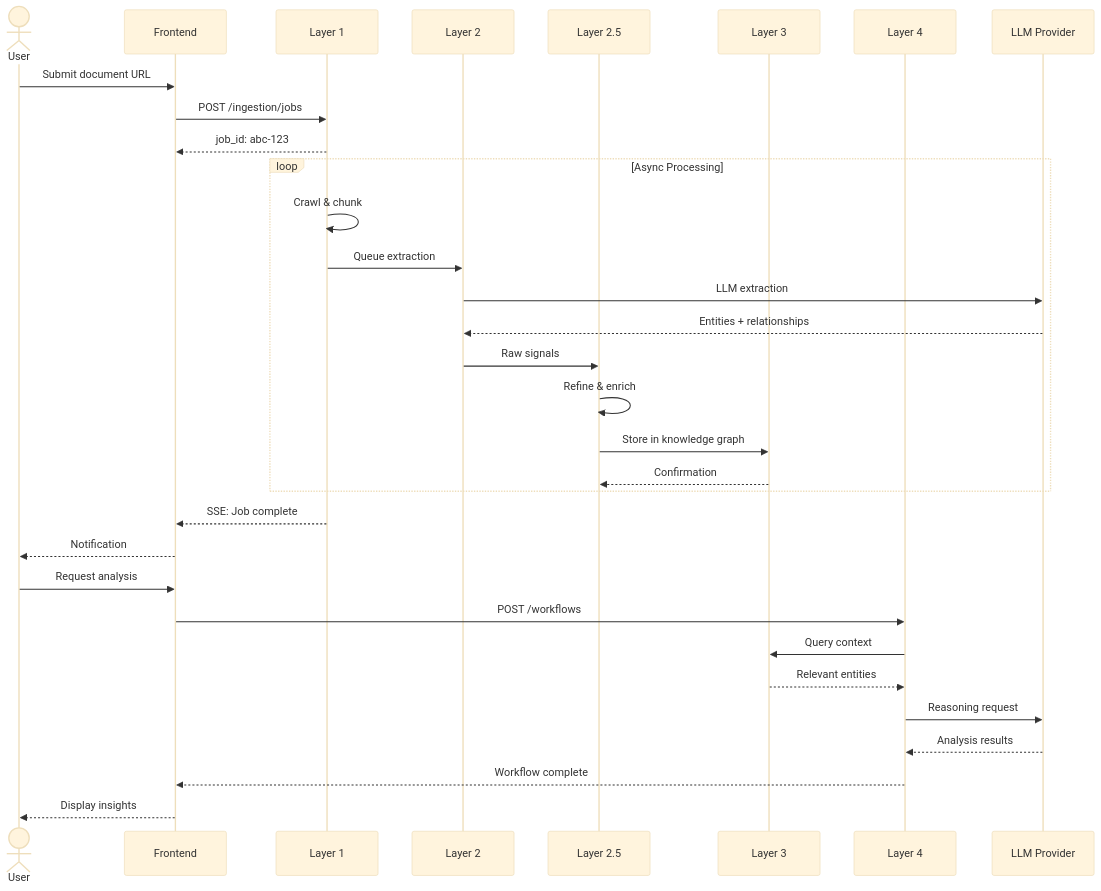
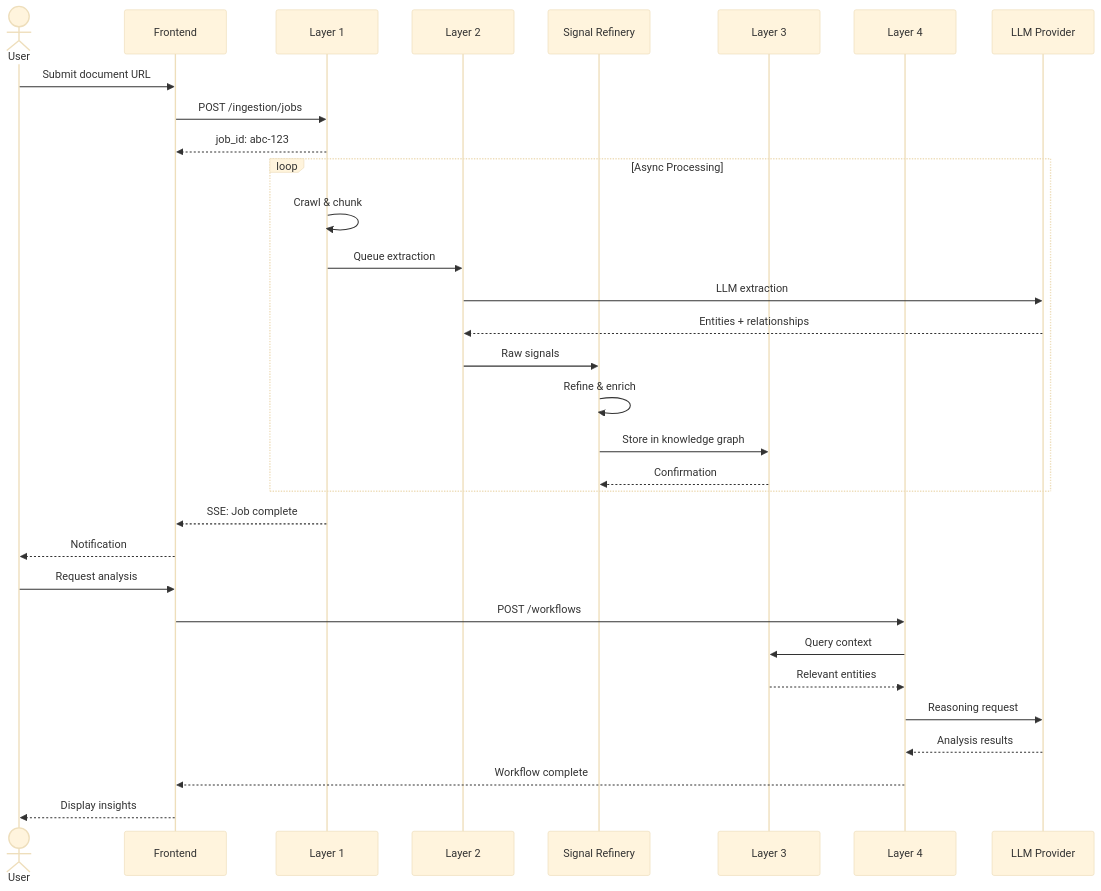
Before and after one commit to Valynt/Fabric_4L: the ninth of 11 diagrams in docs/core-concepts/architecture.md, drawn with Mermaid (base theme). The commit also changed other lines of this file and 21 other files, not shown here.

````diff
--- a/docs/core-concepts/architecture.md
+++ b/docs/core-concepts/architecture.md
@@ -439,38 +446,38 @@
 ```mermaid
 sequenceDiagram
     actor U as User
     participant FE as Frontend
     participant L1 as Layer 1
     participant L2 as Layer 2
-    participant L2_5 as Layer 2.5
+    participant L2_5 as Signal Refinery
     participant L3 as Layer 3
     participant L4 as Layer 4
     participant AI as LLM Provider
     
     U->>FE: Submit document URL
     FE->>L1: POST /ingestion/jobs
     L1-->>FE: job_id: abc-123
     
     loop Async Processing
         L1->>L1: Crawl & chunk
         L1->>L2: Queue extraction
         L2->>AI: LLM extraction
         AI-->>L2: Entities + relationships
         L2->>L2_5: Raw signals
         L2_5->>L2_5: Refine & enrich
         L2_5->>L3: Store in knowledge graph
         L3-->>L2_5: Confirmation
     end
     
     L1-->>FE: SSE: Job complete
     FE-->>U: Notification
     
     U->>FE: Request analysis
     FE->>L4: POST /workflows
     L4->>L3: Query context
     L3-->>L4: Relevant entities
     L4->>AI: Reasoning request
     AI-->>L4: Analysis results
     L4-->>FE: Workflow complete
     FE-->>U: Display insights
 ```
````
